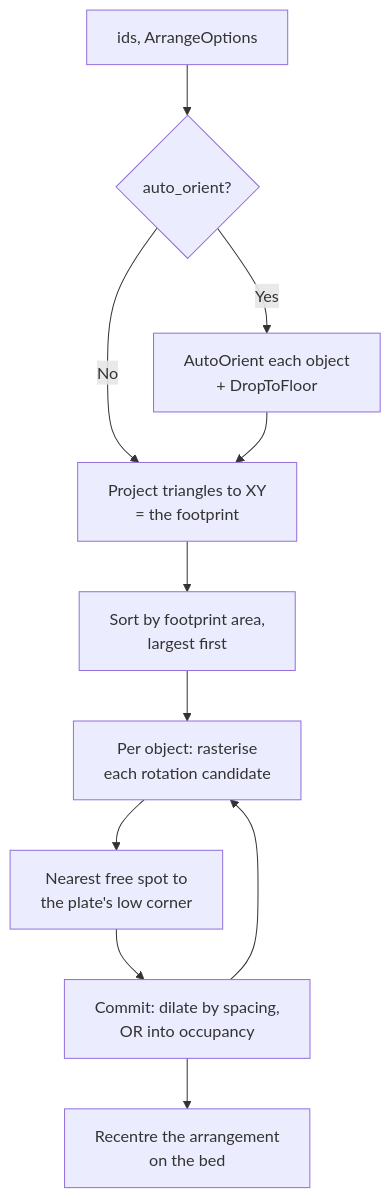
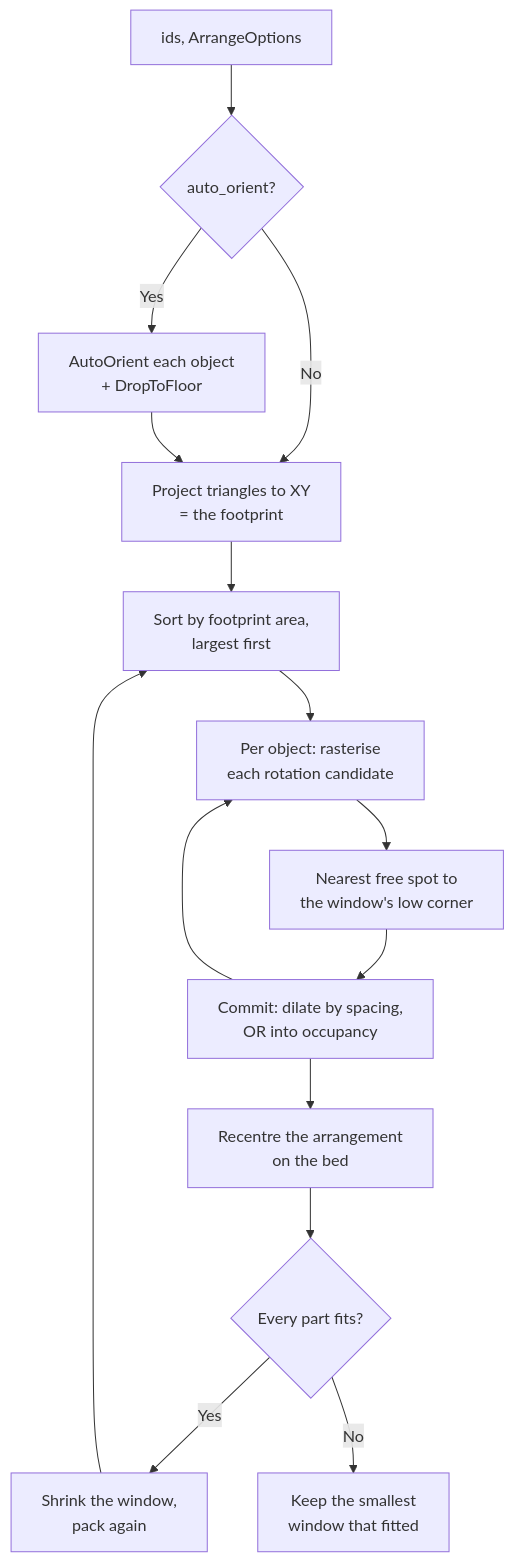
The second of 2 diagrams in src/orient/README.md (ColdCrabby/slicer), drawn with Mermaid before and after one commit. The commit also changed other lines of this file and 3 other files, not shown here.

````diff
--- a/src/orient/README.md
+++ b/src/orient/README.md
@@ -196,13 +196,17 @@
 ```mermaid
 flowchart TD
   A["ids, ArrangeOptions"] --> B{"auto_orient?"}
   B -- "Yes" --> C["AutoOrient each object<br/>+ DropToFloor"]
   B -- "No" --> D
   C --> D["Project triangles to XY<br/>= the footprint"]
   D --> E["Sort by footprint area,<br/>largest first"]
   E --> F["Per object: rasterise<br/>each rotation candidate"]
-  F --> G["Nearest free spot to<br/>the plate's low corner"]
+  F --> G["Nearest free spot to<br/>the window's low corner"]
   G --> H["Commit: dilate by spacing,<br/>OR into occupancy"]
   H --> F
   H --> I["Recentre the arrangement<br/>on the bed"]
+  I --> J{"Every part fits?"}
+  J -- "Yes" --> K["Shrink the window,<br/>pack again"]
+  K --> E
+  J -- "No" --> L["Keep the smallest<br/>window that fitted"]
 ```
````
